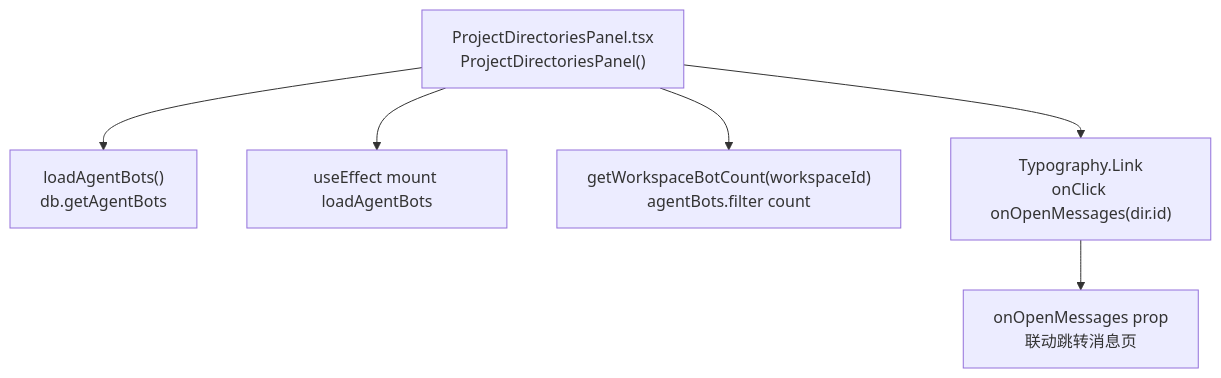
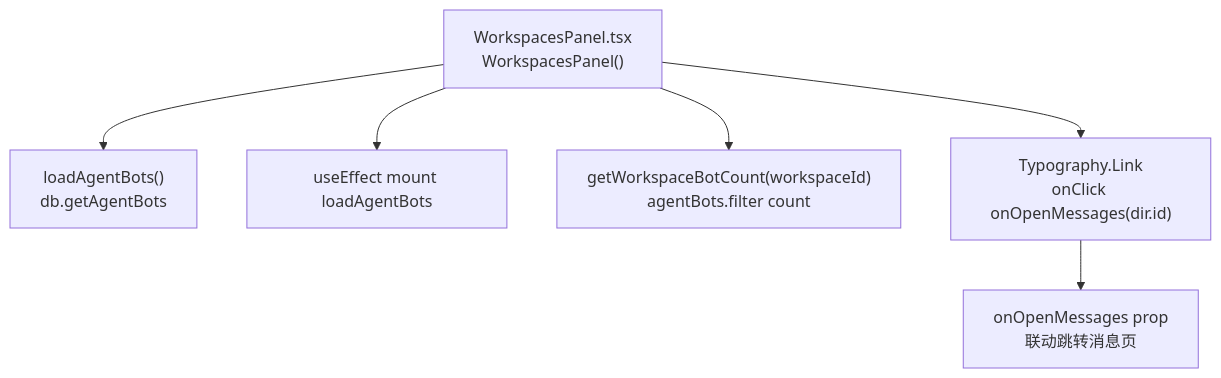
One commit to weibaohui/ntd changed the second of 4 diagrams in frontend/src/help/pages/ws-bot-count.md. Above: the diagram before and after it, drawn with Mermaid. The commit also changed other lines of this file and 122 other files, not shown here.

````diff
--- a/frontend/src/help/pages/ws-bot-count.md
+++ b/frontend/src/help/pages/ws-bot-count.md
@@ -18,8 +18,8 @@
 ```mermaid
 flowchart TD
-  Panel["ProjectDirectoriesPanel.tsx<br>ProjectDirectoriesPanel()"] --> loadAgentBots["loadAgentBots()<br>db.getAgentBots"]
+  Panel["WorkspacesPanel.tsx<br>WorkspacesPanel()"] --> loadAgentBots["loadAgentBots()<br>db.getAgentBots"]
   Panel --> useEffect["useEffect mount loadAgentBots"]
   Panel --> getWorkspaceBotCount["getWorkspaceBotCount(workspaceId)<br>agentBots.filter count"]
   Panel --> BotCountLink["Typography.Link<br>onClick onOpenMessages(dir.id)"]
   BotCountLink --> onOpenMessages["onOpenMessages prop<br>联动跳转消息页"]
 ```
````
